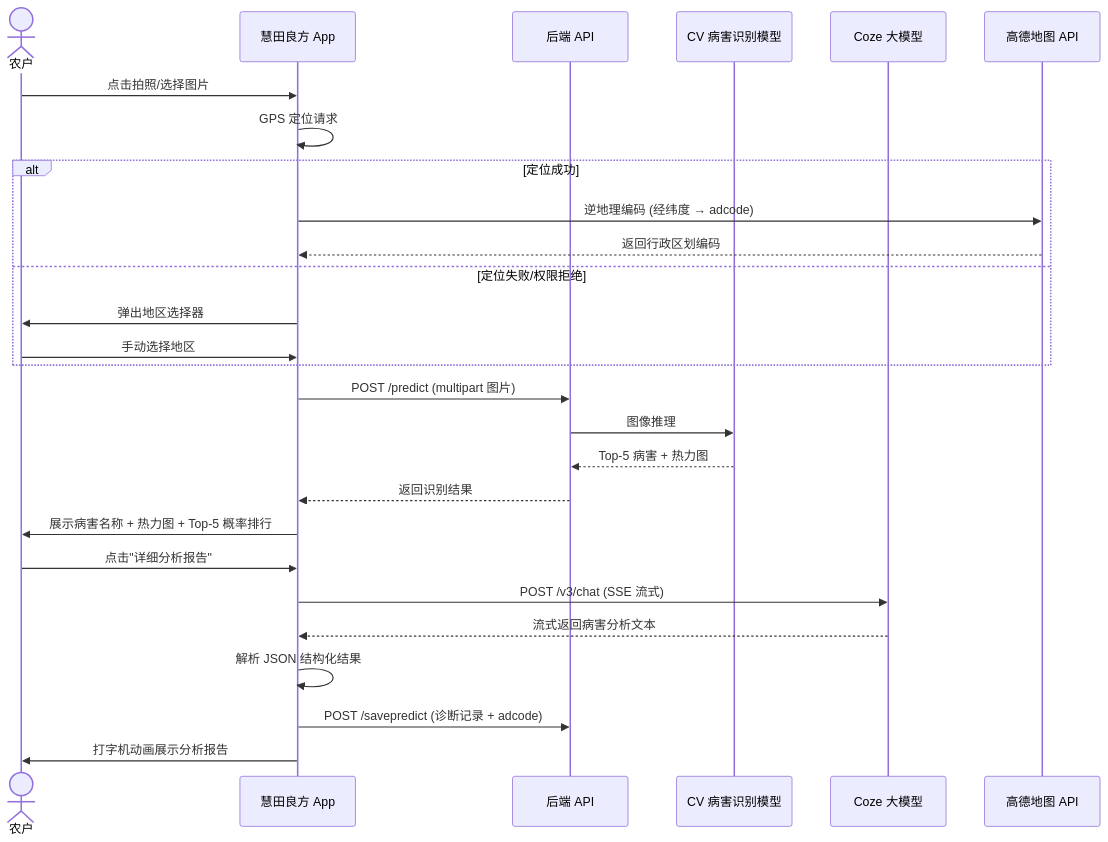
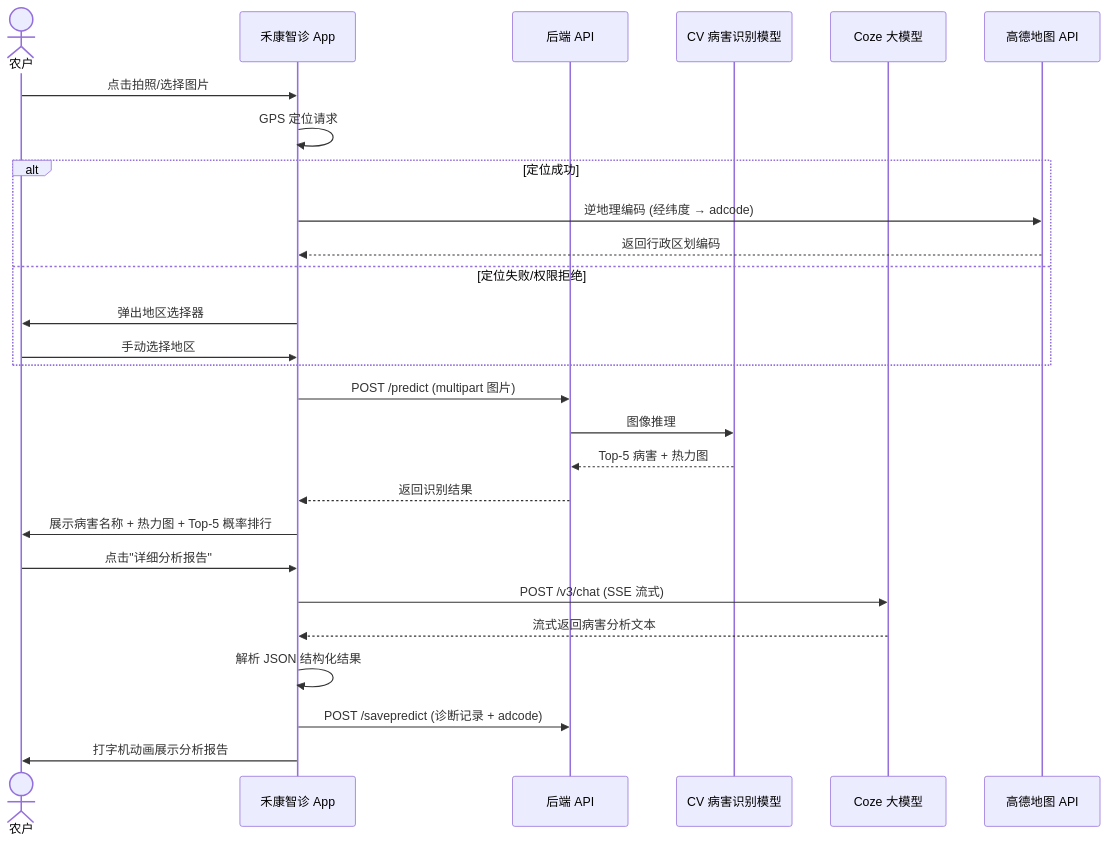
One commit to 42419/disease_flutter changed the second of 3 diagrams in README.md. Above: the diagram before and after it, drawn with Mermaid. The commit also changed other lines of this file and 3 other files, not shown here.

````diff
--- a/README.md
+++ b/README.md
@@ -150,29 +150,29 @@
 ```mermaid
 sequenceDiagram
     actor 农户
-    participant App as 慧田良方 App
+    participant App as 禾康智诊 App
     participant Backend as 后端 API
     participant ML as CV 病害识别模型
     participant Coze as Coze 大模型
     participant Amap as 高德地图 API
     农户 ->> App: 点击拍照/选择图片
     App ->> App: GPS 定位请求
     alt 定位成功
         App ->> Amap: 逆地理编码 (经纬度 → adcode)
         Amap -->> App: 返回行政区划编码
     else 定位失败/权限拒绝
         App ->> 农户: 弹出地区选择器
         农户 ->> App: 手动选择地区
     end
     App ->> Backend: POST /predict (multipart 图片)
     Backend ->> ML: 图像推理
     ML -->> Backend: Top-5 病害 + 热力图
     Backend -->> App: 返回识别结果
     App ->> 农户: 展示病害名称 + 热力图 + Top-5 概率排行
     农户 ->> App: 点击"详细分析报告"
     App ->> Coze: POST /v3/chat (SSE 流式)
     Coze -->> App: 流式返回病害分析文本
     App ->> App: 解析 JSON 结构化结果
     App ->> Backend: POST /savepredict (诊断记录 + adcode)
     App ->> 农户: 打字机动画展示分析报告
 ```
````
